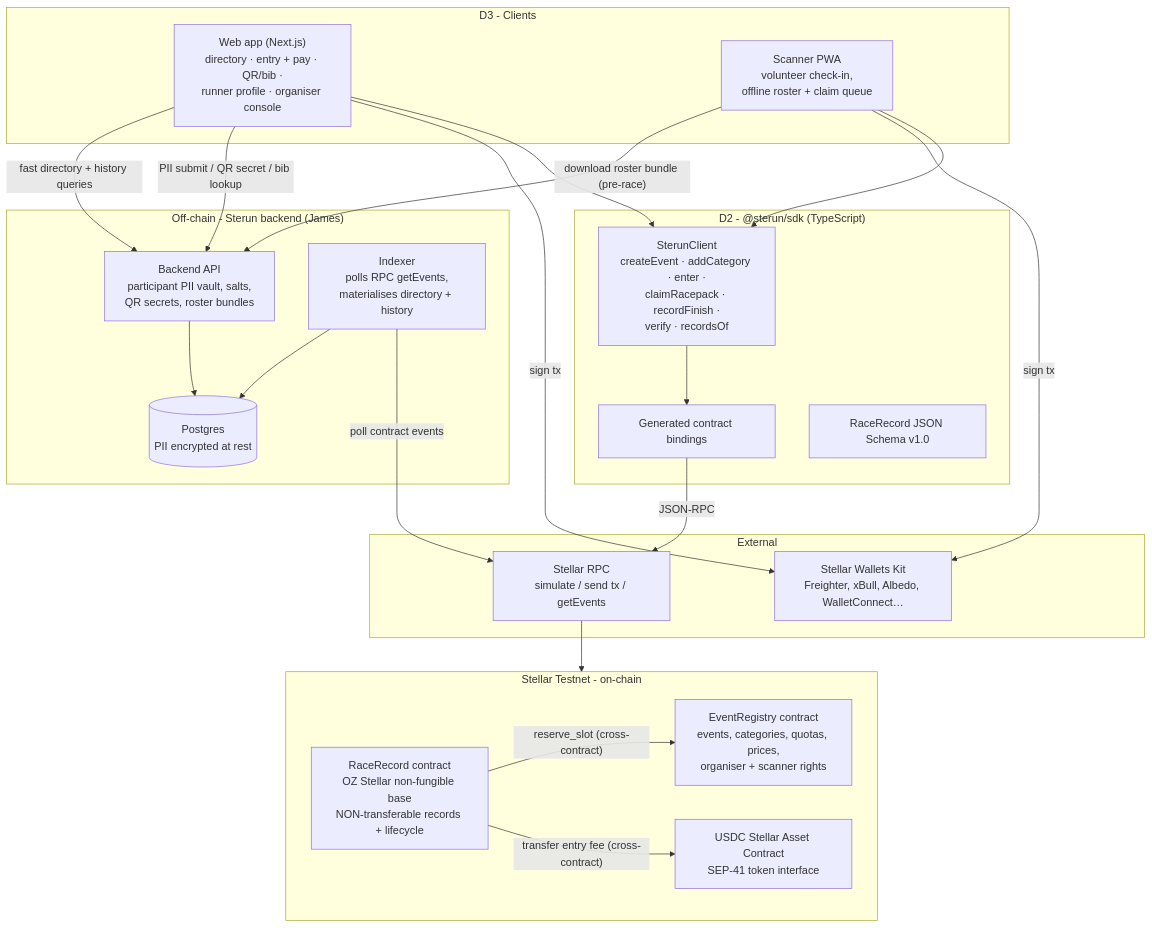
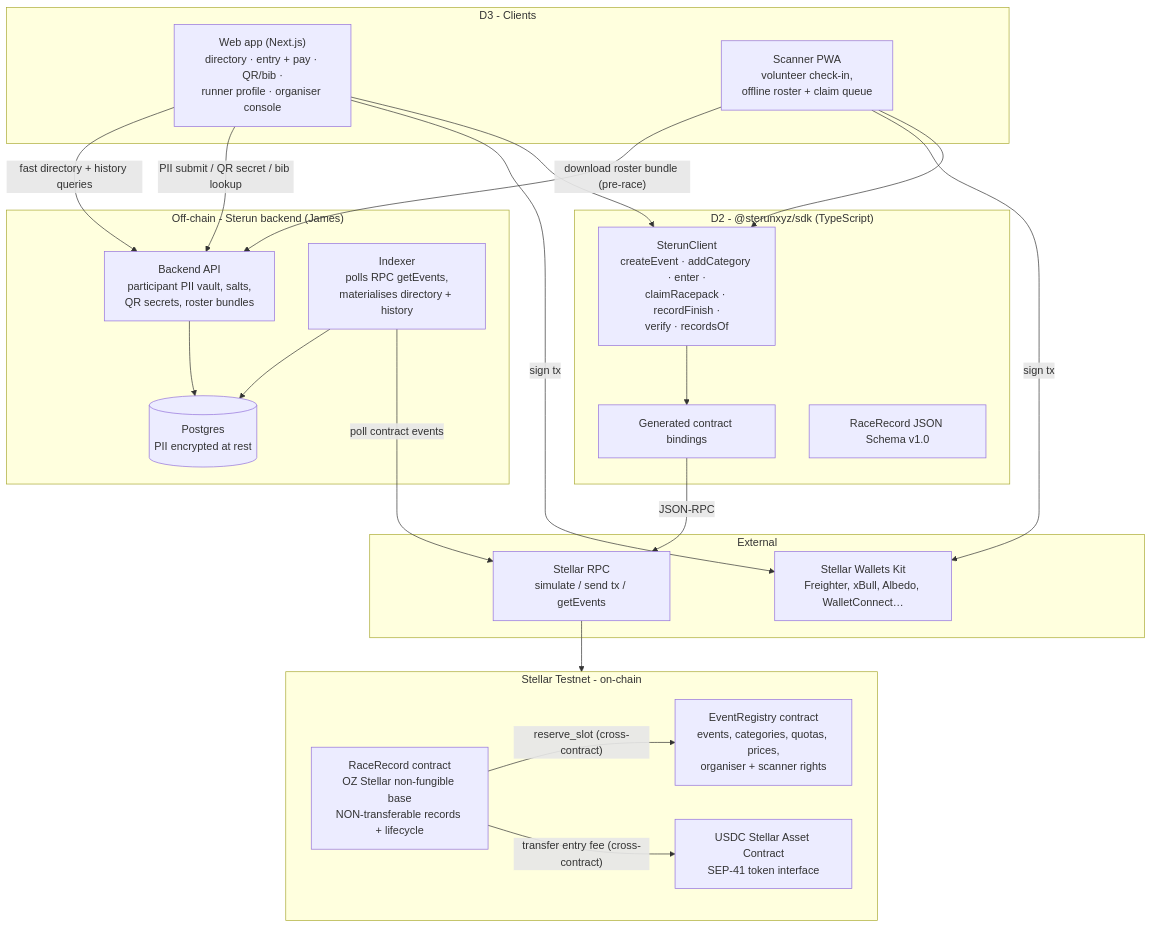
Before and after one commit to AncungAulia/sterun: the first of 9 diagrams in docs/SYSTEM_DESIGN.md, drawn with Mermaid. The commit also changed other lines of this file and 32 other files, not shown here.

````diff
--- a/docs/SYSTEM_DESIGN.md
+++ b/docs/SYSTEM_DESIGN.md
@@ -20,49 +20,49 @@
 ```mermaid
 graph TB
     subgraph ONCHAIN["Stellar Testnet - on-chain"]
         ER["EventRegistry contract<br/>events, categories, quotas, prices,<br/>organiser + scanner rights"]
         RR["RaceRecord contract<br/>OZ Stellar non-fungible base<br/>NON-transferable records + lifecycle"]
         SAC["USDC Stellar Asset Contract<br/>SEP-41 token interface"]
     end
 
     subgraph OFFCHAIN["Off-chain - Sterun backend (James)"]
         API["Backend API<br/>participant PII vault, salts,<br/>QR secrets, roster bundles"]
         IDX["Indexer<br/>polls RPC getEvents,<br/>materialises directory + history"]
         PG[("Postgres<br/>PII encrypted at rest")]
     end
 
-    subgraph SDKL["D2 - @sterun/sdk (TypeScript)"]
+    subgraph SDKL["D2 - @sterunxyz/sdk (TypeScript)"]
         BIND["Generated contract bindings"]
         CLIENT["SterunClient<br/>createEvent · addCategory · enter ·<br/>claimRacepack · recordFinish ·<br/>verify · recordsOf"]
         SCHEMA["RaceRecord JSON Schema v1.0"]
     end
 
     subgraph CLIENTS["D3 - Clients"]
         WEB["Web app (Next.js)<br/>directory · entry + pay · QR/bib ·<br/>runner profile · organiser console"]
         SCAN["Scanner PWA<br/>volunteer check-in,<br/>offline roster + claim queue"]
     end
 
     subgraph EXT["External"]
         RPC["Stellar RPC<br/>simulate / send tx / getEvents"]
         WK["Stellar Wallets Kit<br/>Freighter, xBull, Albedo, WalletConnect…"]
     end
 
     RR -- "reserve_slot (cross-contract)" --> ER
     RR -- "transfer entry fee (cross-contract)" --> SAC
 
     CLIENT --> BIND
     BIND -- "JSON-RPC" --> RPC
     RPC --> ONCHAIN
 
     WEB --> CLIENT
     SCAN --> CLIENT
     WEB -- "sign tx" --> WK
     SCAN -- "sign tx" --> WK
 
     WEB -- "PII submit / QR secret / bib lookup" --> API
     SCAN -- "download roster bundle (pre-race)" --> API
     IDX -- "poll contract events" --> RPC
     IDX --> PG
     API --> PG
     WEB -- "fast directory + history queries" --> API
 ```
````
